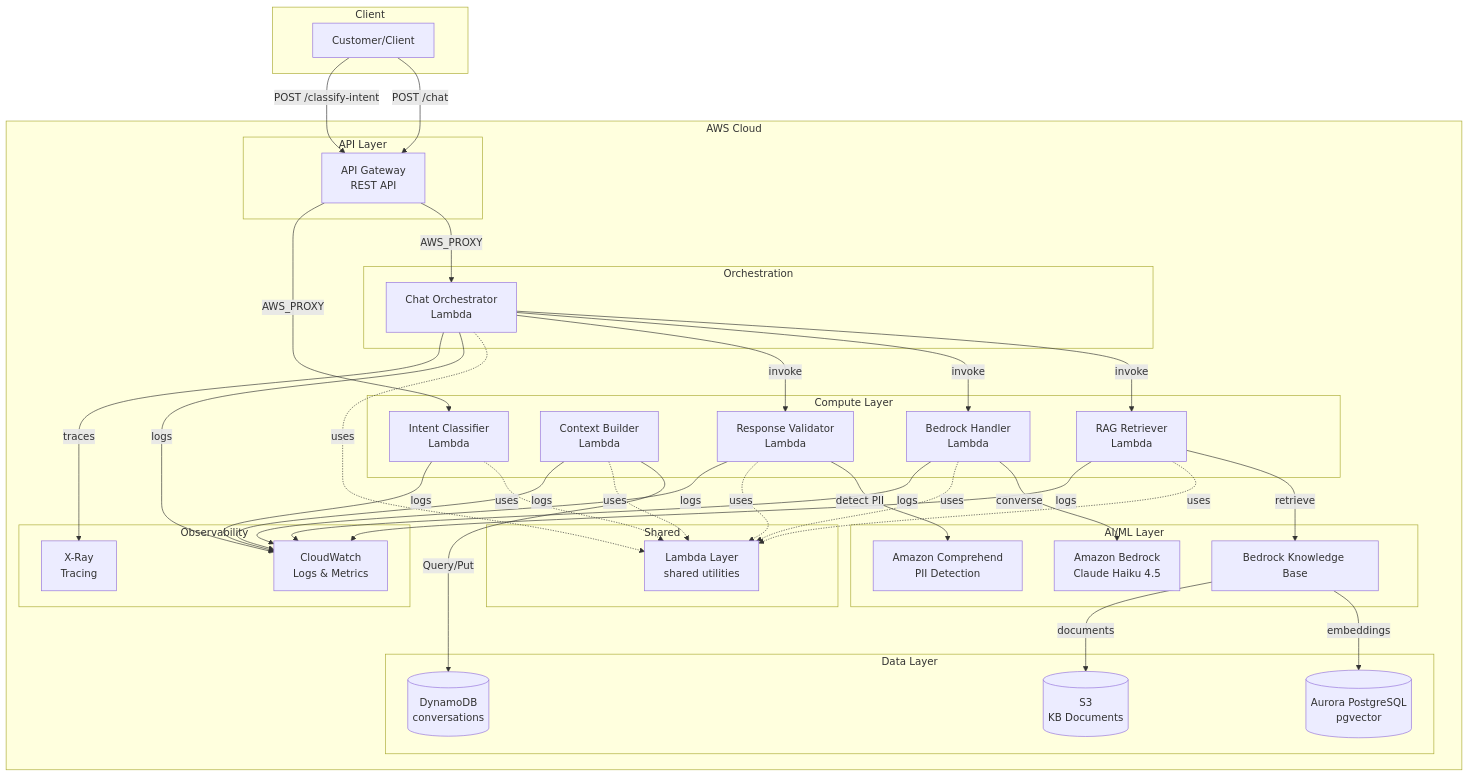
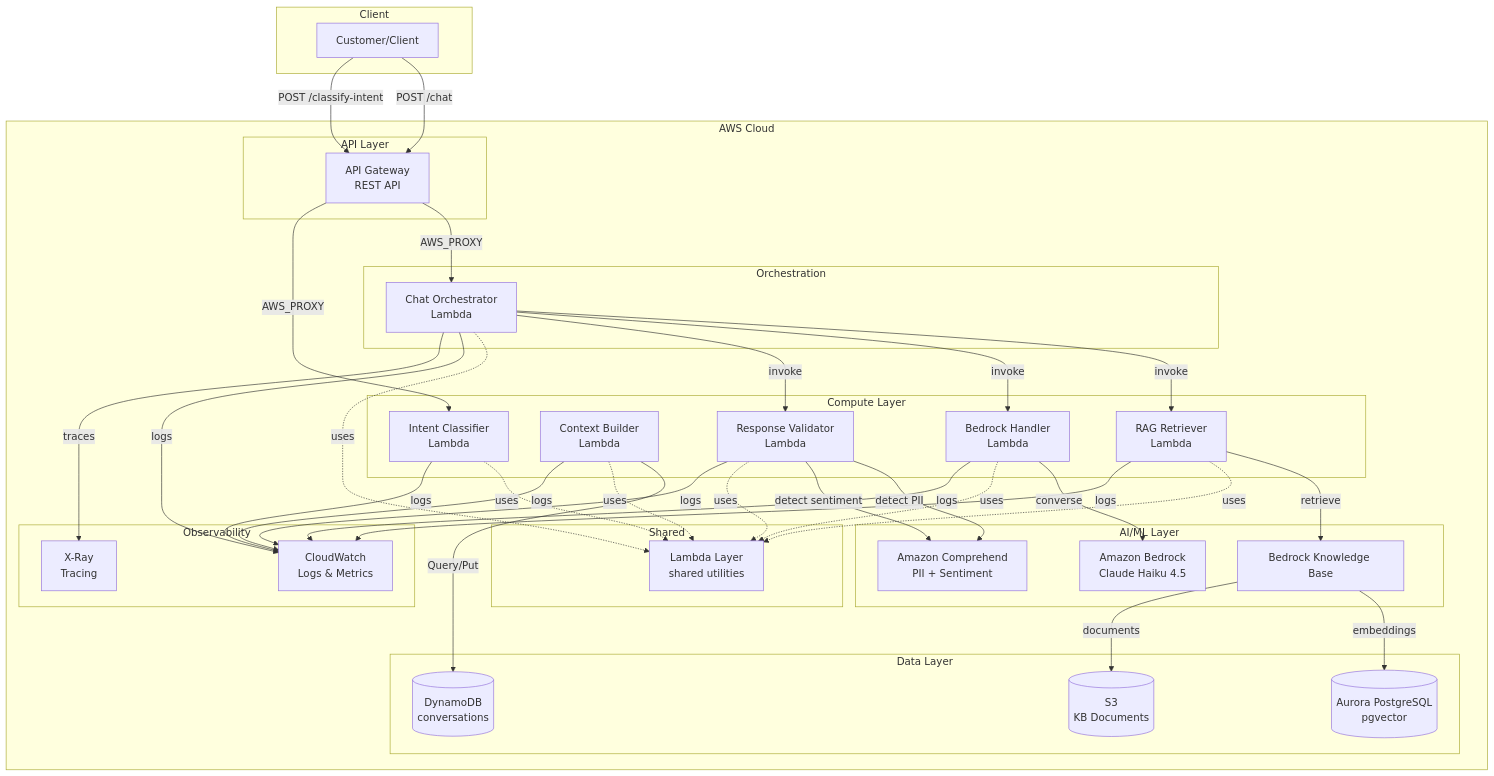
One commit to jujubear24/ai-customer-service-bot changed the first of 9 diagrams in docs/architecture/system-design.md. Above: the diagram before and after it, drawn with Mermaid. The commit also changed other lines of this file and 3 other files, not shown here.

````diff
--- a/docs/architecture/system-design.md
+++ b/docs/architecture/system-design.md
@@ -32,72 +32,73 @@
 ```mermaid
 flowchart TB
     subgraph Client
         USER[Customer/Client]
     end
 
     subgraph AWS Cloud
         subgraph API Layer
             APIGW[API Gateway<br/>REST API]
         end
 
         subgraph Orchestration
             CO[Chat Orchestrator<br/>Lambda]
         end
 
         subgraph Compute Layer
             IC[Intent Classifier<br/>Lambda]
             CB[Context Builder<br/>Lambda]
             RR[RAG Retriever<br/>Lambda]
             BH[Bedrock Handler<br/>Lambda]
             RV[Response Validator<br/>Lambda]
         end
 
         subgraph AI/ML Layer
             KB[Bedrock Knowledge Base]
             BEDROCK[Amazon Bedrock<br/>Claude Haiku 4.5]
-            COMPREHEND[Amazon Comprehend<br/>PII Detection]
+            COMPREHEND[Amazon Comprehend<br/>PII + Sentiment]
         end
 
         subgraph Data Layer
             DDB[(DynamoDB<br/>conversations)]
             AURORA[(Aurora PostgreSQL<br/>pgvector)]
             S3[(S3<br/>KB Documents)]
         end
 
         subgraph Observability
             CW[CloudWatch<br/>Logs & Metrics]
             XRAY[X-Ray<br/>Tracing]
         end
 
         subgraph Shared
             LAYER[Lambda Layer<br/>shared utilities]
         end
     end
 
     USER -->|POST /chat| APIGW
     USER -->|POST /classify-intent| APIGW
     APIGW -->|AWS_PROXY| CO
     APIGW -->|AWS_PROXY| IC
     CO -->|invoke| RR
     CO -->|invoke| BH
     CO -->|invoke| RV
     RR -->|retrieve| KB
     KB -->|embeddings| AURORA
     KB -->|documents| S3
     BH -->|converse| BEDROCK
     RV -->|detect PII| COMPREHEND
+    RV -->|detect sentiment| COMPREHEND
     CB -->|Query/Put| DDB
     IC -.->|uses| LAYER
     CB -.->|uses| LAYER
     CO -.->|uses| LAYER
     RR -.->|uses| LAYER
     BH -.->|uses| LAYER
     RV -.->|uses| LAYER
     CO -->|logs| CW
     RR -->|logs| CW
     BH -->|logs| CW
     RV -->|logs| CW
     IC -->|logs| CW
     CB -->|logs| CW
     CO -->|traces| XRAY
 ```
````
